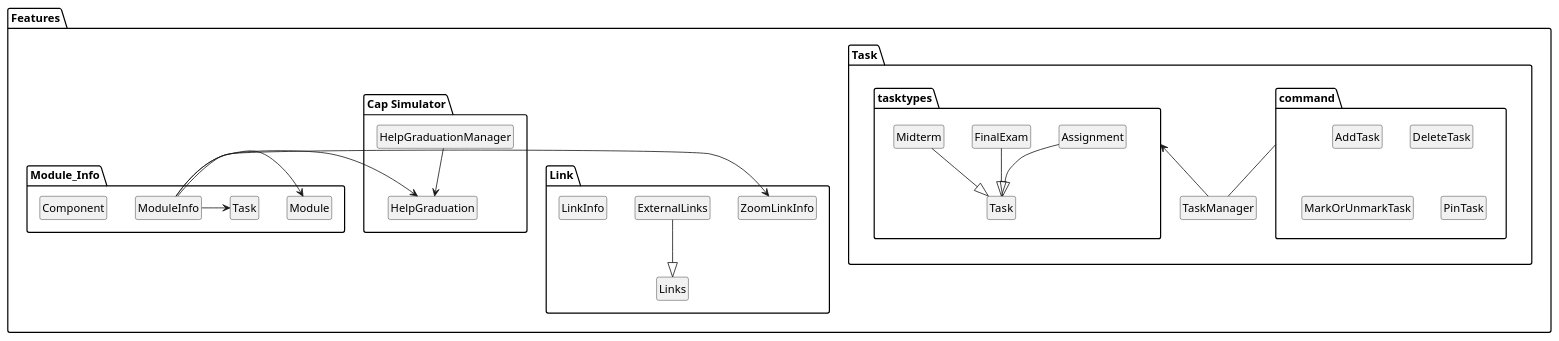
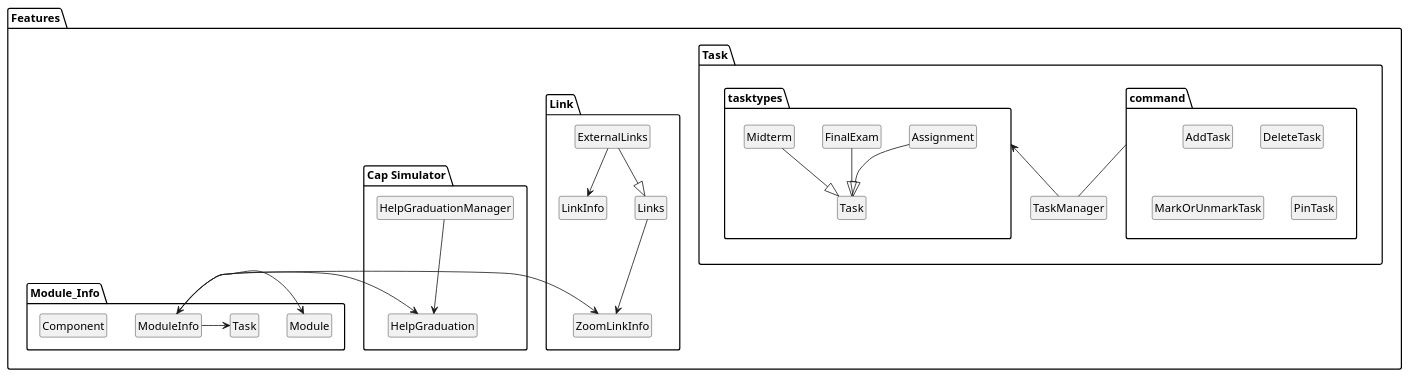
One commit to nus-cs2113-AY2021S2/tp changed the diagram in docs/diagrams/featuresArchitecture.puml. Above: the diagram before and after it, drawn with PlantUML. The commit also changed 6 other files, not shown here.

```diff
--- a/docs/diagrams/featuresArchitecture.puml
+++ b/docs/diagrams/featuresArchitecture.puml
@@ -1,56 +1,59 @@
 @startuml
 hide members
 hide circle
 package Features {
 
 package Task {
     package command {
         Class AddTask
         Class DeleteTask
         Class MarkOrUnmarkTask
         Class PinTask
     }
     Class TaskManager
     command -- TaskManager
     tasktypes <-- TaskManager
     package tasktypes {
             Class Assignment
             Class FinalExam
             Class Midterm
             Class Task
 
             Assignment --|> Task
             Midterm --|> Task
             FinalExam --|> Task
         }
 }
 
 package Link {
   Class ExternalLinks
   Class LinkInfo
   Class Links
   Class ZoomLinkInfo
 
+
 ExternalLinks --|> Links
+ExternalLinks --> LinkInfo
+Links --> ZoomLinkInfo
 }
 
 package "Cap Simulator" {
   Class HelpGraduation
   Class HelpGraduationManager
 
 HelpGraduationManager --> HelpGraduation
 }
 
 package Module_Info {
     Class ModuleInfo
     Class Module
     Class Component
 
     ModuleInfo -> Module
     ModuleInfo -> Task
-    ModuleInfo -> ZoomLinkInfo
+    ModuleInfo <-> ZoomLinkInfo
     ModuleInfo -> HelpGraduation
 }
 
 }
 @enduml
```
